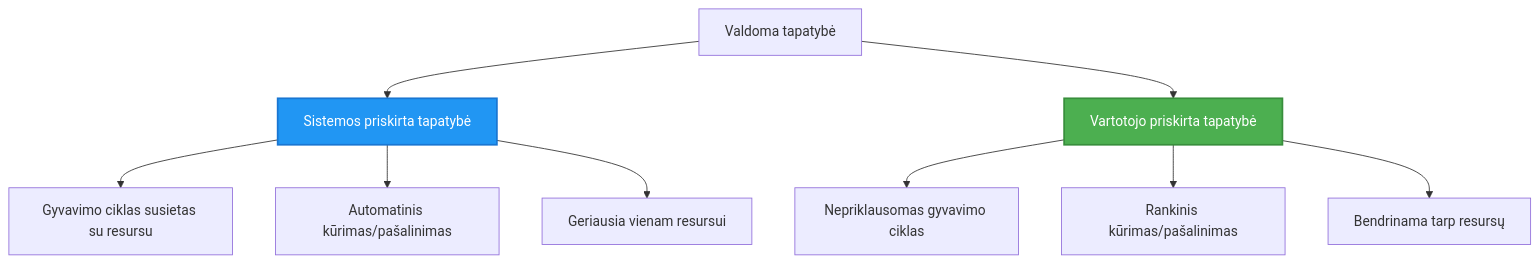
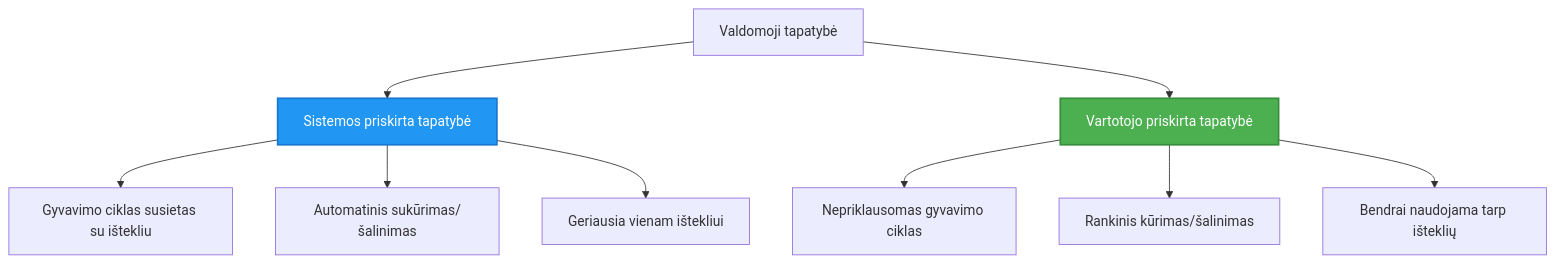
The second of 2 diagrams in translations/lt/docs/chapter-03-configuration/authsecurity.md (microsoft/AZD-for-beginners), drawn with Mermaid before and after one commit. The commit also changed other lines of this file and 104 other files, not shown here.

````diff
--- a/translations/lt/docs/chapter-03-configuration/authsecurity.md
+++ b/translations/lt/docs/chapter-03-configuration/authsecurity.md
@@ -97,20 +98,20 @@
 ```mermaid
 graph TB
-    MI[Valdoma tapatybė]
+    MI[Valdomoji tapatybė]
     SystemAssigned[Sistemos priskirta tapatybė]
     UserAssigned[Vartotojo priskirta tapatybė]
     
     MI --> SystemAssigned
     MI --> UserAssigned
     
-    SystemAssigned --> SA1[Gyvavimo ciklas susietas su resursu]
-    SystemAssigned --> SA2[Automatinis kūrimas/pašalinimas]
-    SystemAssigned --> SA3[Geriausia vienam resursui]
+    SystemAssigned --> SA1[Gyvavimo ciklas susietas su ištekliu]
+    SystemAssigned --> SA2[Automatinis sukūrimas/šalinimas]
+    SystemAssigned --> SA3[Geriausia vienam ištekliui]
     
     UserAssigned --> UA1[Nepriklausomas gyvavimo ciklas]
-    UserAssigned --> UA2[Rankinis kūrimas/pašalinimas]
-    UserAssigned --> UA3[Bendrinama tarp resursų]
+    UserAssigned --> UA2[Rankinis kūrimas/šalinimas]
+    UserAssigned --> UA3[Bendrai naudojama tarp išteklių]
     
     style SystemAssigned fill:#2196F3,stroke:#1976D2,stroke-width:2px,color:#fff
     style UserAssigned fill:#4CAF50,stroke:#388E3C,stroke-width:2px,color:#fff
 ```
````
